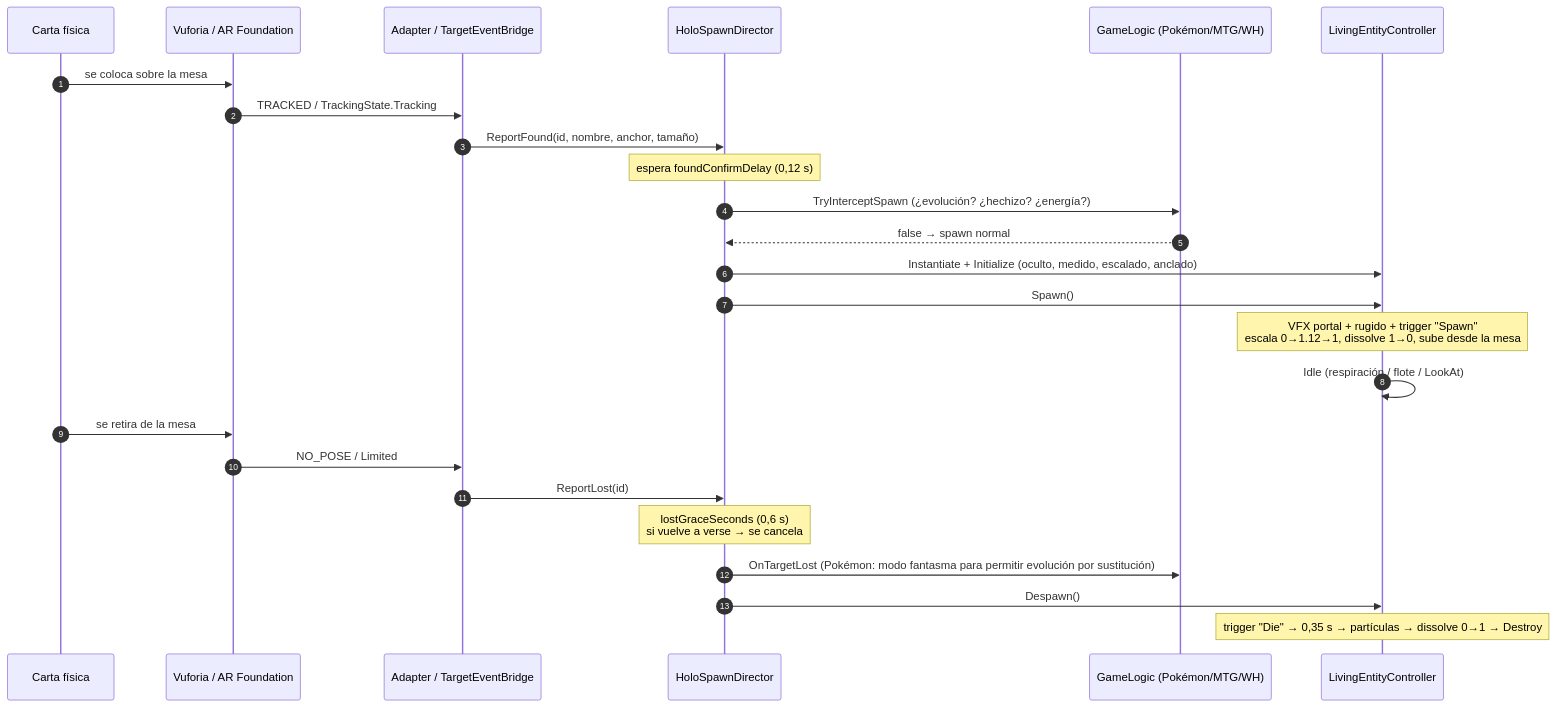
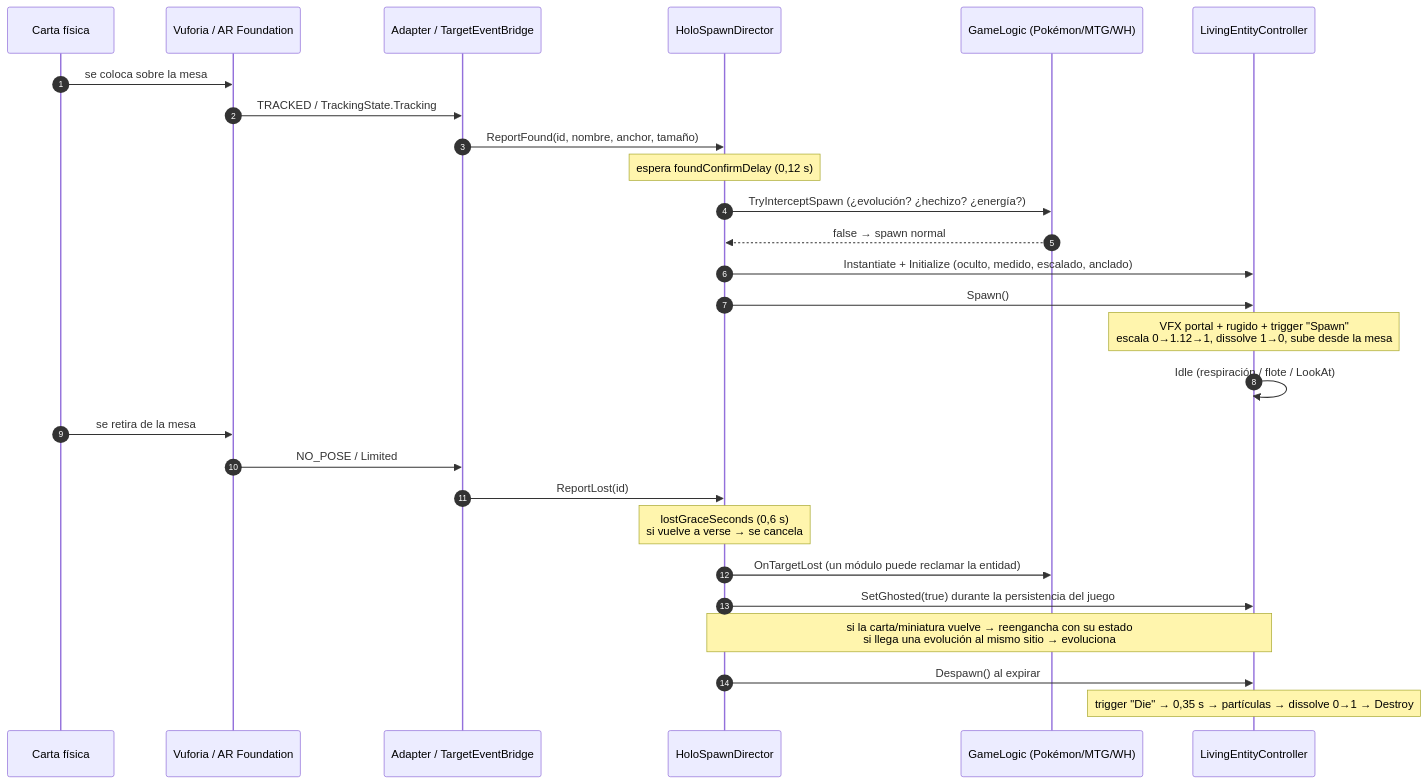
The diagram in Docs/SETUP_TRACKING.md (adrimg3196/pokmag), drawn with Mermaid before and after one commit. The commit also changed other lines of this file and 73 other files, not shown here.

````diff
--- a/Docs/SETUP_TRACKING.md
+++ b/Docs/SETUP_TRACKING.md
@@ -22,29 +23,31 @@
 ```mermaid
 sequenceDiagram
     autonumber
     participant Carta as Carta física
     participant SDK as Vuforia / AR Foundation
     participant Adapter as Adapter / TargetEventBridge
     participant Dir as HoloSpawnDirector
     participant Mod as GameLogic (Pokémon/MTG/WH)
     participant LEC as LivingEntityController
 
     Carta->>SDK: se coloca sobre la mesa
     SDK->>Adapter: TRACKED / TrackingState.Tracking
     Adapter->>Dir: ReportFound(id, nombre, anchor, tamaño)
     Note over Dir: espera foundConfirmDelay (0,12 s)
     Dir->>Mod: TryInterceptSpawn (¿evolución? ¿hechizo? ¿energía?)
     Mod-->>Dir: false → spawn normal
     Dir->>LEC: Instantiate + Initialize (oculto, medido, escalado, anclado)
     Dir->>LEC: Spawn()
     Note over LEC: VFX portal + rugido + trigger "Spawn"<br/>escala 0→1.12→1, dissolve 1→0, sube desde la mesa
     LEC->>LEC: Idle (respiración / flote / LookAt)
 
     Carta->>SDK: se retira de la mesa
     SDK->>Adapter: NO_POSE / Limited
     Adapter->>Dir: ReportLost(id)
     Note over Dir: lostGraceSeconds (0,6 s)<br/>si vuelve a verse → se cancela
-    Dir->>Mod: OnTargetLost (Pokémon: modo fantasma para permitir evolución por sustitución)
-    Dir->>LEC: Despawn()
+    Dir->>Mod: OnTargetLost (un módulo puede reclamar la entidad)
+    Dir->>LEC: SetGhosted(true) durante la persistencia del juego
+    Note over Dir,LEC: si la carta/miniatura vuelve → reengancha con su estado<br/>si llega una evolución al mismo sitio → evoluciona
+    Dir->>LEC: Despawn() al expirar
     Note over LEC: trigger "Die" → 0,35 s → partículas → dissolve 0→1 → Destroy
 ```
````
